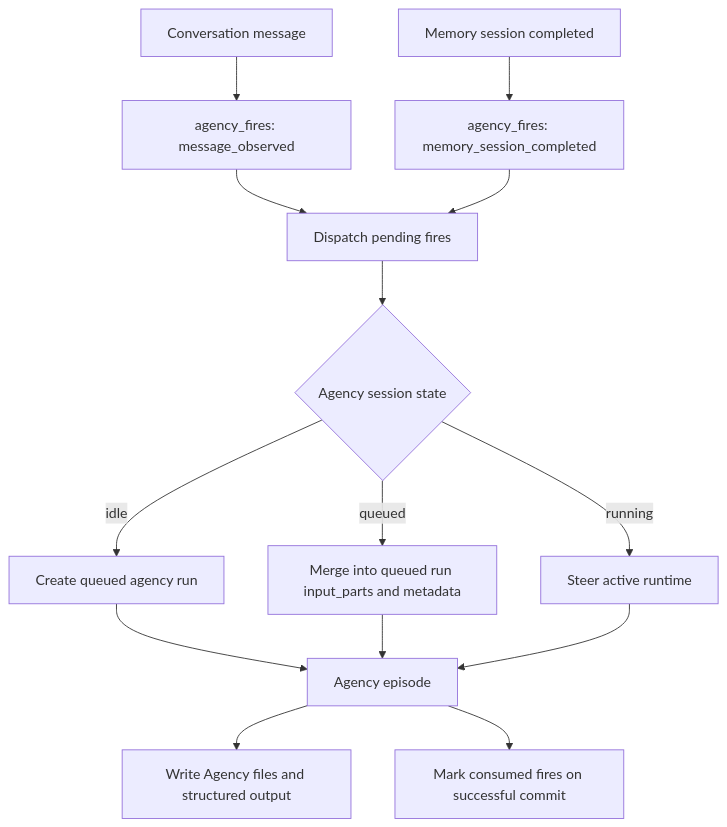
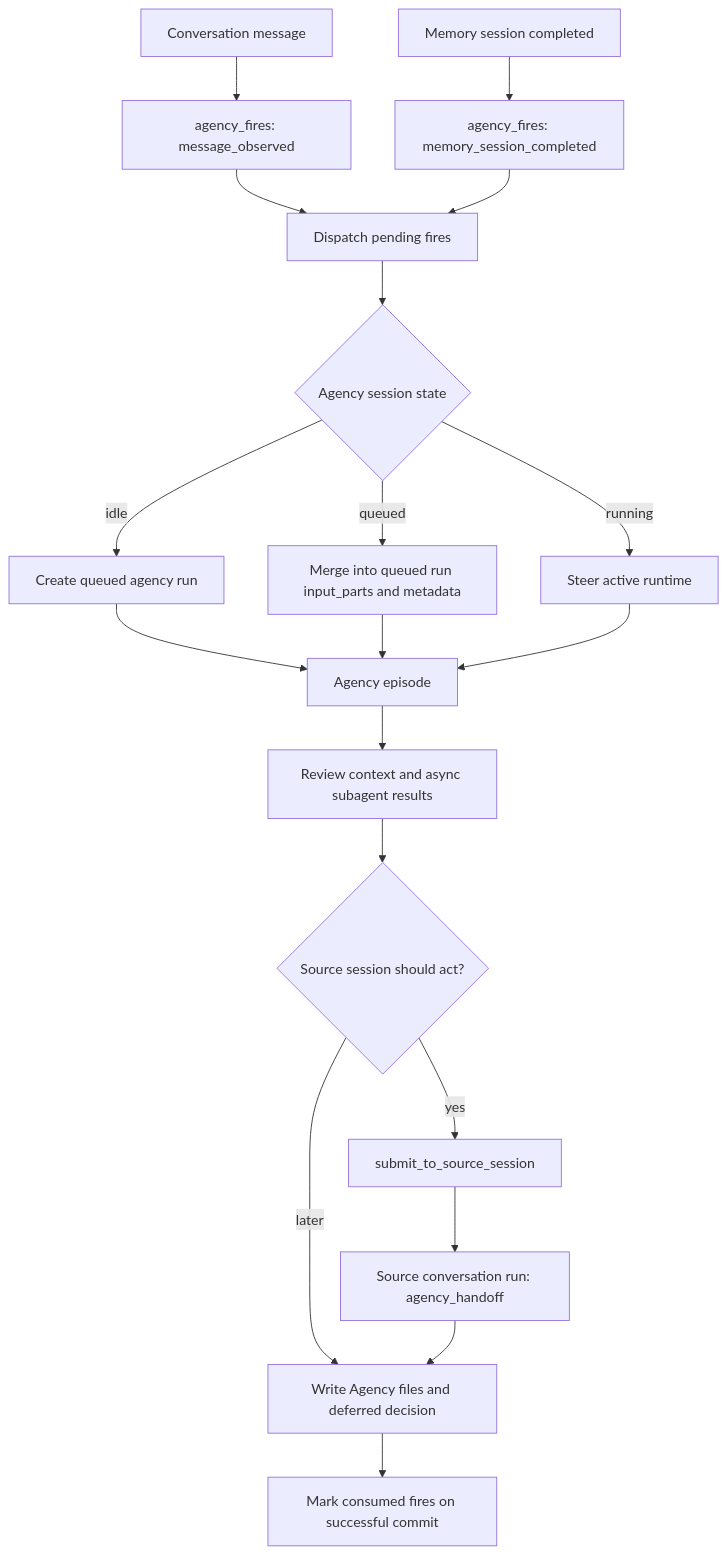
The diagram in packages/ya-claw/spec/11-session-agency.md (Alexsu26/ya-mono), drawn with Mermaid before and after one commit. The commit also changed other lines of this file and 15 other files, not shown here.

First line of the commit message:
feat(ya-claw): add agency source session handoff (#248)

````diff
--- a/packages/ya-claw/spec/11-session-agency.md
+++ b/packages/ya-claw/spec/11-session-agency.md
@@ -39,16 +41,21 @@
 ```mermaid
 flowchart TD
     MSG[Conversation message] --> MF[agency_fires: message_observed]
     MEM[Memory session completed] --> FF[agency_fires: memory_session_completed]
     MF --> P[Dispatch pending fires]
     FF --> P
     P --> S{Agency session state}
     S -->|idle| R[Create queued agency run]
     S -->|queued| Q[Merge into queued run input_parts and metadata]
     S -->|running| T[Steer active runtime]
     R --> A[Agency episode]
     Q --> A
     T --> A
-    A --> LOG[Write Agency files and structured output]
-    A --> DONE[Mark consumed fires on successful commit]
+    A --> REVIEW[Review context and async subagent results]
+    REVIEW --> H{Source session should act?}
+    H -->|yes| SUB[submit_to_source_session]
+    SUB --> SRC[Source conversation run: agency_handoff]
+    H -->|later| LOG[Write Agency files and deferred decision]
+    SRC --> LOG
+    LOG --> DONE[Mark consumed fires on successful commit]
 ```
````
